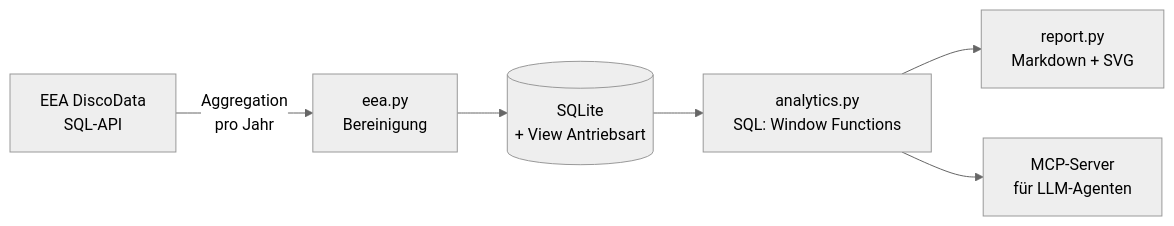
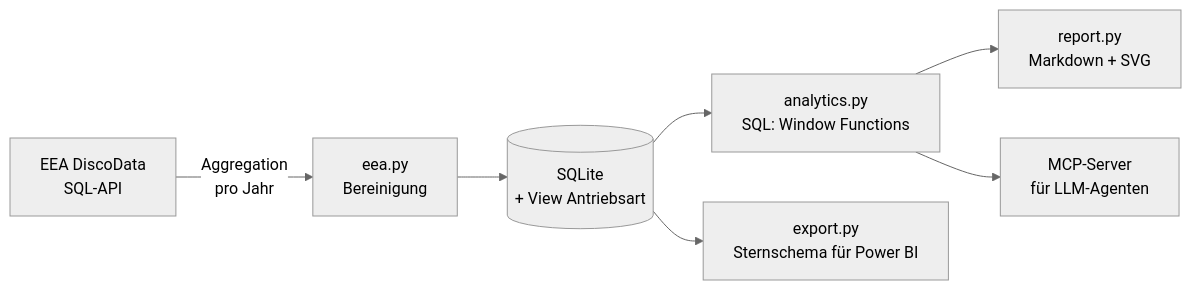
One commit to borissmaznov/auto-markt-at changed the diagram in README.md. Above: the diagram before and after it, drawn with Mermaid (neutral theme). The commit also changed other lines of this file and 9 other files, not shown here.

Commit message:
Power BI export: star schema CSVs, DAX measures, Power Query loader

````diff
--- a/README.md
+++ b/README.md
@@ -26,8 +26,9 @@
 ```mermaid
 flowchart LR
     A[EEA DiscoData<br/>SQL-API] -->|Aggregation<br/>pro Jahr| B[eea.py<br/>Bereinigung]
     B --> C[(SQLite<br/>+ View Antriebsart)]
     C --> D[analytics.py<br/>SQL: Window Functions]
     D --> E[report.py<br/>Markdown + SVG]
     D --> F[MCP-Server<br/>für LLM-Agenten]
+    C --> G[export.py<br/>Sternschema für Power BI]
 ```
````
